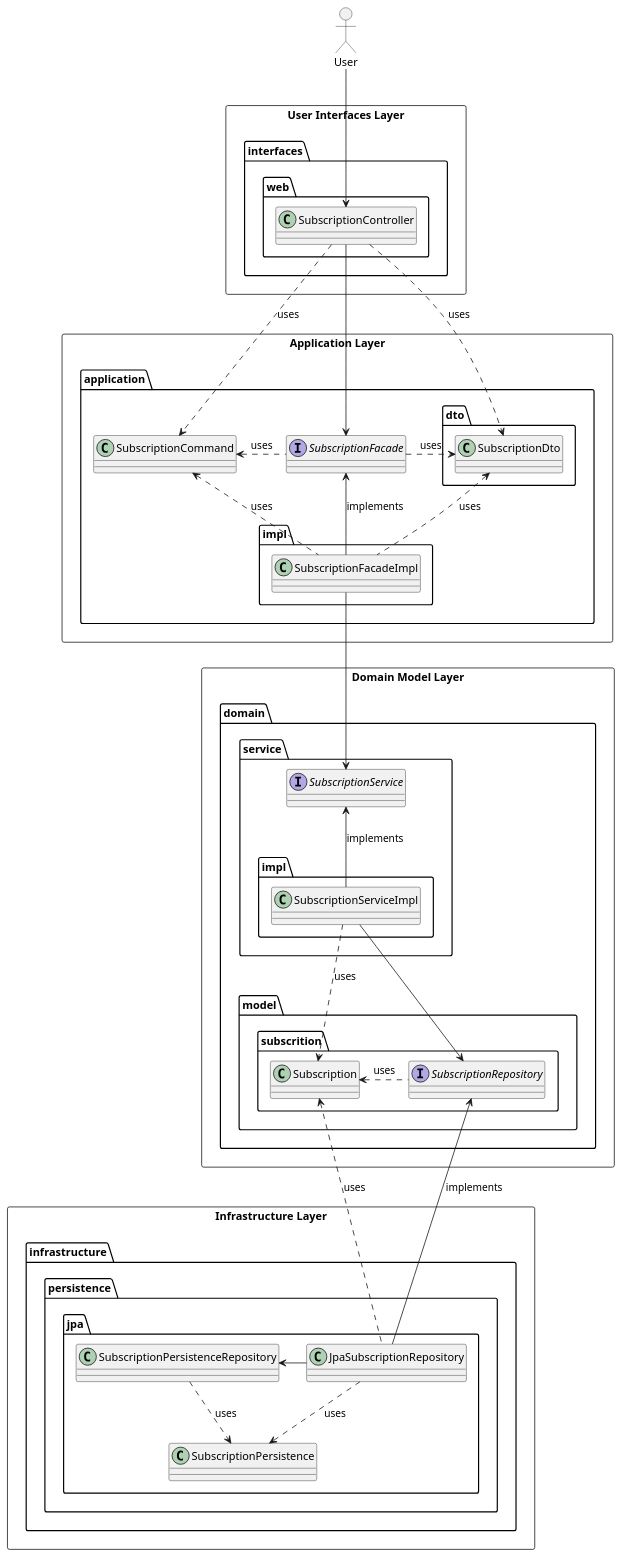
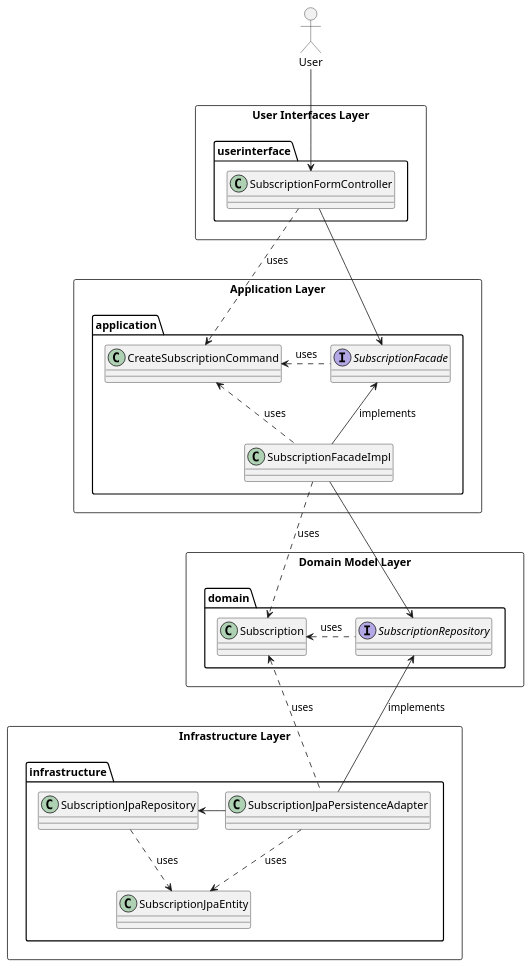
One commit to abchau/architecture-by-examples changed the diagram in layered-ddd-2/docs/diagrams/class.puml. Above: the diagram before and after it, drawn with PlantUML. The commit also changed 245 other files, not shown here.

```diff
--- a/layered-ddd-2/docs/diagrams/class.puml
+++ b/layered-ddd-2/docs/diagrams/class.puml
@@ -1,80 +1,52 @@
 @startuml
 allowmixing
 
 rectangle "User Interfaces Layer" {
-	package interfaces {
-		package web {
-			class SubscriptionController
-		}
+	package userinterface {
+		class SubscriptionFormController
 	}
 }
 
 rectangle "Application Layer" {
 	package application {
 		interface SubscriptionFacade
-		class SubscriptionCommand
-
-		package impl2 as "impl" {
-			class SubscriptionFacadeImpl
-		}
-		package dto {
-			class SubscriptionDto
-		}
+		class CreateSubscriptionCommand
+		class SubscriptionFacadeImpl
 	}
 }
 
 rectangle "Domain Model Layer" {
 	package domain {
-		package model {
-			package subscrition {
-				class Subscription
-				interface SubscriptionRepository
-			}
-		}
-		package service {
-			interface SubscriptionService
-			package impl {
-				class SubscriptionServiceImpl
-			}
-		}
+		class Subscription
+		interface SubscriptionRepository
 	}
 }
 
 rectangle "Infrastructure Layer" {
 	package infrastructure {
-		package persistence {
-			package jpa {
-				class JpaSubscriptionRepository
-				class SubscriptionPersistenceRepository
-				class SubscriptionPersistence
-			}
-		}
+		class SubscriptionJpaPersistenceAdapter
+		class SubscriptionJpaRepository
+		class SubscriptionJpaEntity
 	}
 }
 
 actor User
-User -down-> SubscriptionController
+User -down-> SubscriptionFormController
 
-SubscriptionController --> SubscriptionFacade
+SubscriptionFormController --> SubscriptionFacade
 SubscriptionFacadeImpl -up-> SubscriptionFacade: implements
-SubscriptionController .down.> SubscriptionCommand: uses
-SubscriptionFacade .left.> SubscriptionCommand: uses
-SubscriptionFacadeImpl .up.> SubscriptionCommand: uses
-SubscriptionController .down.> SubscriptionDto: uses
-SubscriptionFacade .right.> SubscriptionDto: uses
-SubscriptionFacadeImpl .up.> SubscriptionDto: uses
+SubscriptionFormController .down.> CreateSubscriptionCommand: uses
+SubscriptionFacade .left.> CreateSubscriptionCommand: uses
+SubscriptionFacadeImpl .up.> CreateSubscriptionCommand: uses
 
-SubscriptionFacadeImpl -down-> SubscriptionService
-SubscriptionServiceImpl -up-> SubscriptionService: implements
+SubscriptionFacadeImpl ..> Subscription: uses
+SubscriptionRepository .left.> Subscription: uses
+SubscriptionJpaPersistenceAdapter .up.> Subscription: uses
 
-SubscriptionServiceImpl ..> Subscription: uses
-SubscriptionRepository .left.> Subscription: uses
-JpaSubscriptionRepository .up.> Subscription: uses
-
-SubscriptionServiceImpl -down-> SubscriptionRepository
-JpaSubscriptionRepository -up-> SubscriptionRepository: implements
-JpaSubscriptionRepository -left-> SubscriptionPersistenceRepository
-SubscriptionPersistenceRepository ..> SubscriptionPersistence: uses
-JpaSubscriptionRepository ..> SubscriptionPersistence: uses
+SubscriptionFacadeImpl -down-> SubscriptionRepository
+SubscriptionJpaPersistenceAdapter -up-> SubscriptionRepository: implements
+SubscriptionJpaPersistenceAdapter -left-> SubscriptionJpaRepository
+SubscriptionJpaRepository ..> SubscriptionJpaEntity: uses
+SubscriptionJpaPersistenceAdapter ..> SubscriptionJpaEntity: uses
 
 @enduml
```
